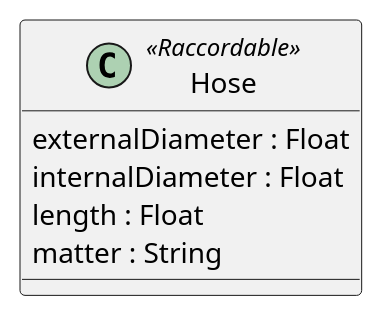
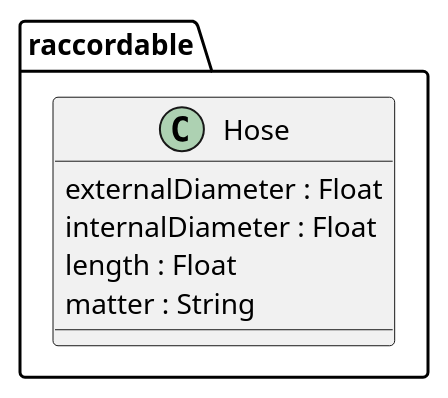
The diagram in src/class/include/hose.iuml (beerfactory/brewbox-uml), drawn with PlantUML before and after one commit. The commit also changed 9 other files, not shown here.

```diff
--- a/src/class/include/hose.iuml
+++ b/src/class/include/hose.iuml
@@ -1,6 +1,8 @@
-class Hose <<Raccordable>> {
-    externalDiameter : Float
-    internalDiameter : Float
-    length : Float
-    matter : String
+package raccordable {
+	class Hose {
+	    externalDiameter : Float
+	    internalDiameter : Float
+	    length : Float
+	    matter : String
+	}
 }
```
